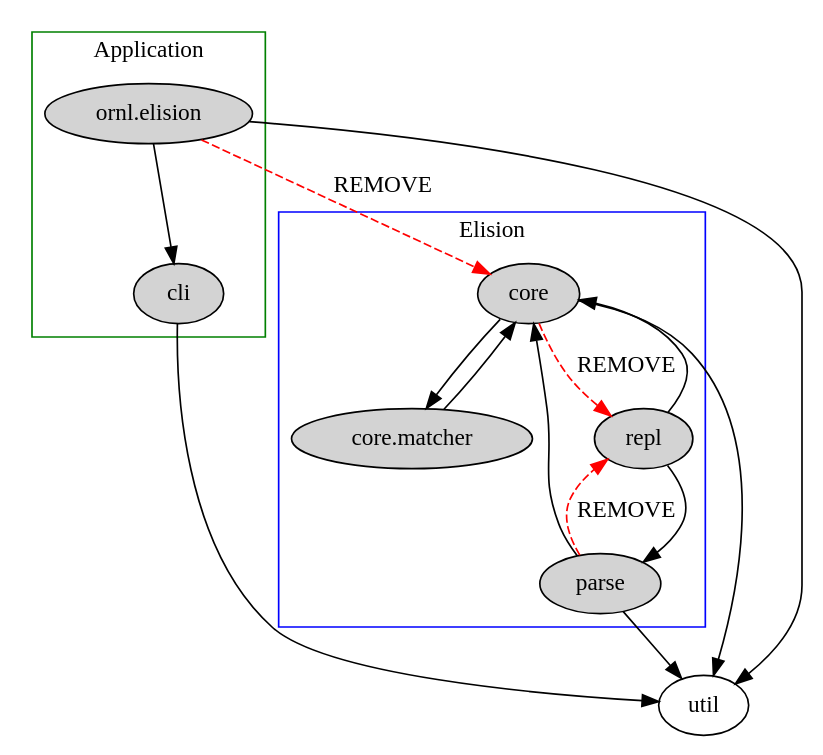
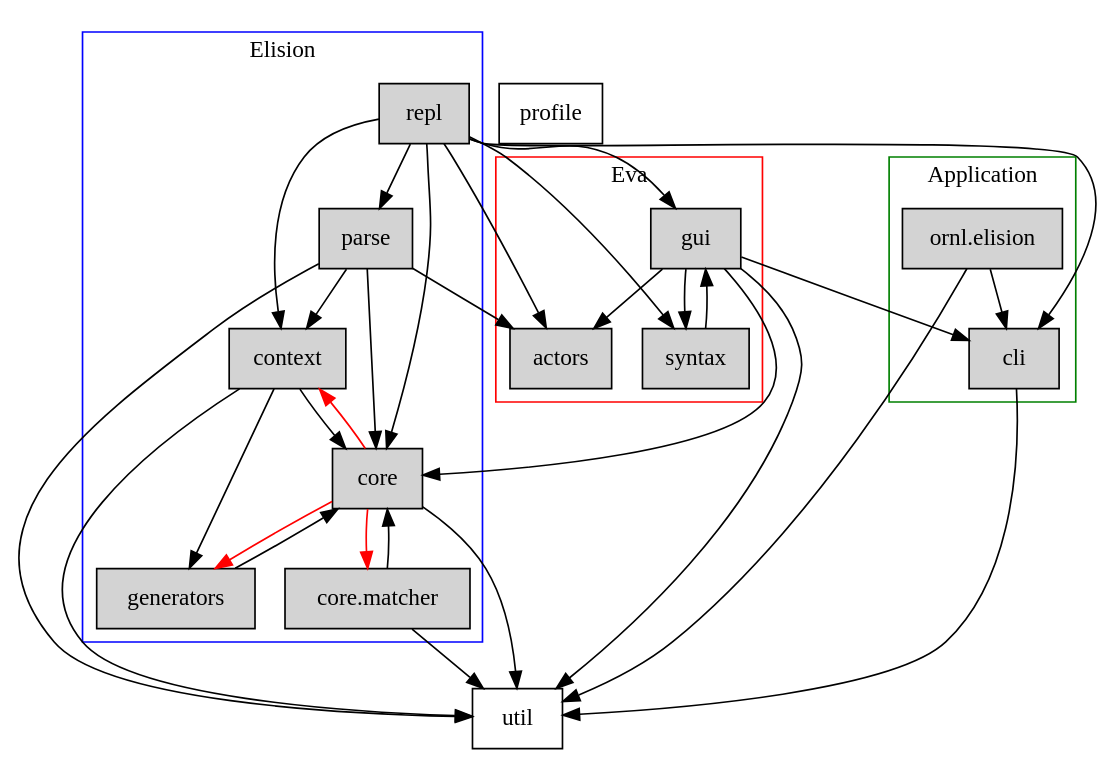
Before and after one commit to elision/elision: the diagram in Elision/package.dot, drawn with Graphviz. The commit also changed 5 other files, not shown here.

Commit message:
Updated the package graph in preparation for cleaning up the library.

```diff
--- a/Elision/package.dot
+++ b/Elision/package.dot
@@ -1,34 +1,80 @@
 digraph Elision {
-    subgraph cluster_0 {
-        node [style=filled];
-        "ornl.elision" ;
-        "cli" ;
-        label = "Application";
-        color=green
-    }
+    node [shape=rectangle]
 
+    # The Elision library subgraph.
     subgraph cluster_1 {
         node [style=filled];
+        "context";
         "core" ;
         "core.matcher" ;
+        "generators" ;
         "parse" ;
         "repl" ;
         label = "Elision";
-        color=blue
+        color=blue;
     }
 
-    "core" -> "core.matcher" ;
-    "core.matcher" -> "core" ;
+    # The Eva subgraph.
+    subgraph cluster_2 {
+        node [style=filled];
+        "actors" ;
+        "gui" ;
+        "syntax" ;
+        label = "Eva"
+        color=red;
+    }
 
+    # The application subgraph.
+    subgraph cluster_0 {
+        node [style=filled];
+        "cli" ;
+        "ornl.elision" ;
+        label = "Application";
+        color=green;
+    }
+
+    # All the sub-packages, with the root prefix omitted.
+    "actors" ;
+    "cli" ;
+    "context" ;
+    "core" ;
+    "generators" ;
+    "gui" ;
+    "parse" ;
+    "profile" ;
+    "repl" ;
+    "syntax" ;
+    "util" ;
+
+    # Package dependencies.
     "ornl.elision" -> "cli" ;
     "ornl.elision" -> "util" ;
-    "ornl.elision" -> "core" [color=red style=dashed label="REMOVE"] ;
     "cli" -> "util" ;
-    "core" -> "repl" [color=red style=dashed label="REMOVE"] ;
+    "context" -> "core" ;
+    "context" -> "generators" ;
+    "context" -> "util" ;
+    "core" -> "context" [color=red] ;
+    "core" -> "core.matcher" [color=red] ;
+    "core" -> "generators" [color=red] ;
     "core" -> "util" ;
+    "core.matcher" -> "core" ;
+    "core.matcher" -> "util" ;
+    "generators" -> "core" ;
+    "gui" -> "actors" ;
+    "gui" -> "cli" ;
+    "gui" -> "core" ;
+    "gui" -> "syntax" ;
+    "gui" -> "util" ;
+    "parse" -> "actors" ;
+    "parse" -> "context" ;
     "parse" -> "core" ;
-    "parse" -> "repl" [color=red style=dashed label="REMOVE"] ;
     "parse" -> "util" ;
+    "repl" -> "actors" ;
+    "repl" -> "context" ;
+    "repl" -> "cli" ;
     "repl" -> "core" ;
+    "repl" -> "gui" ;
     "repl" -> "parse" ;
+    "repl" -> "syntax" ;
+    "syntax" -> "gui" ;
 }
```
